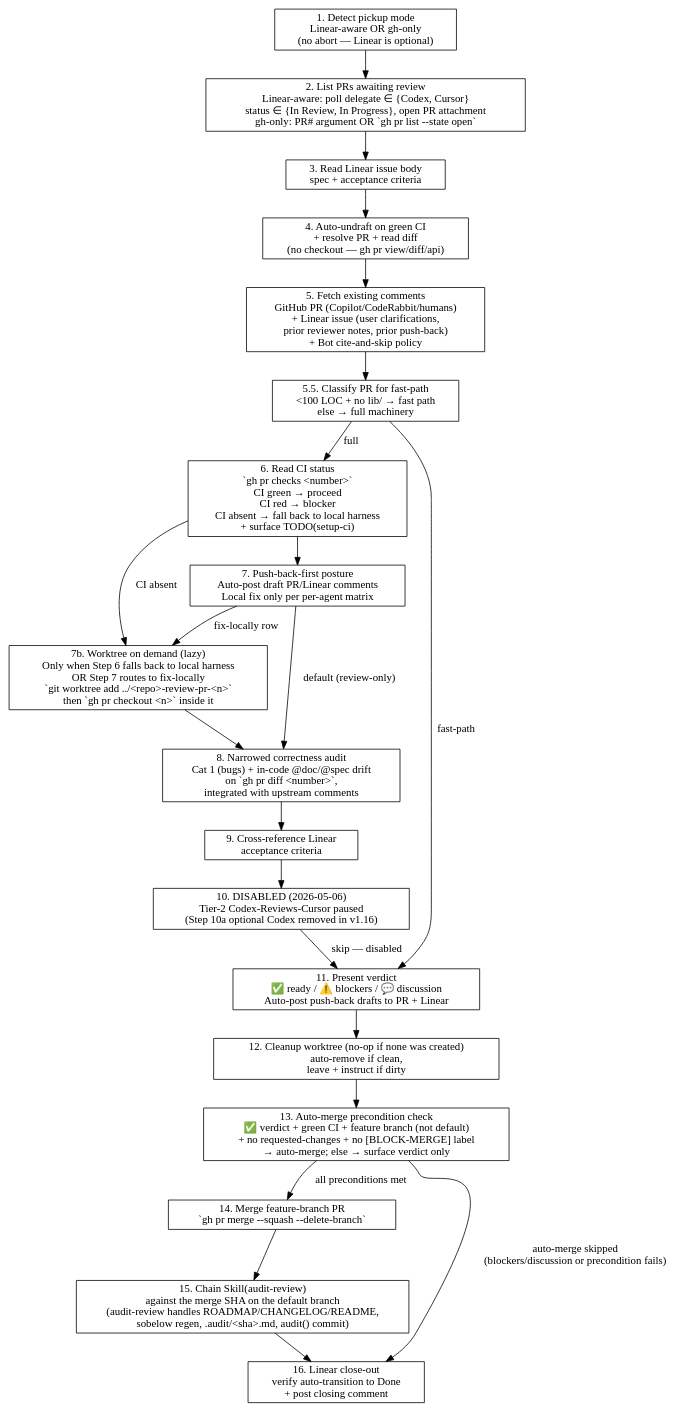
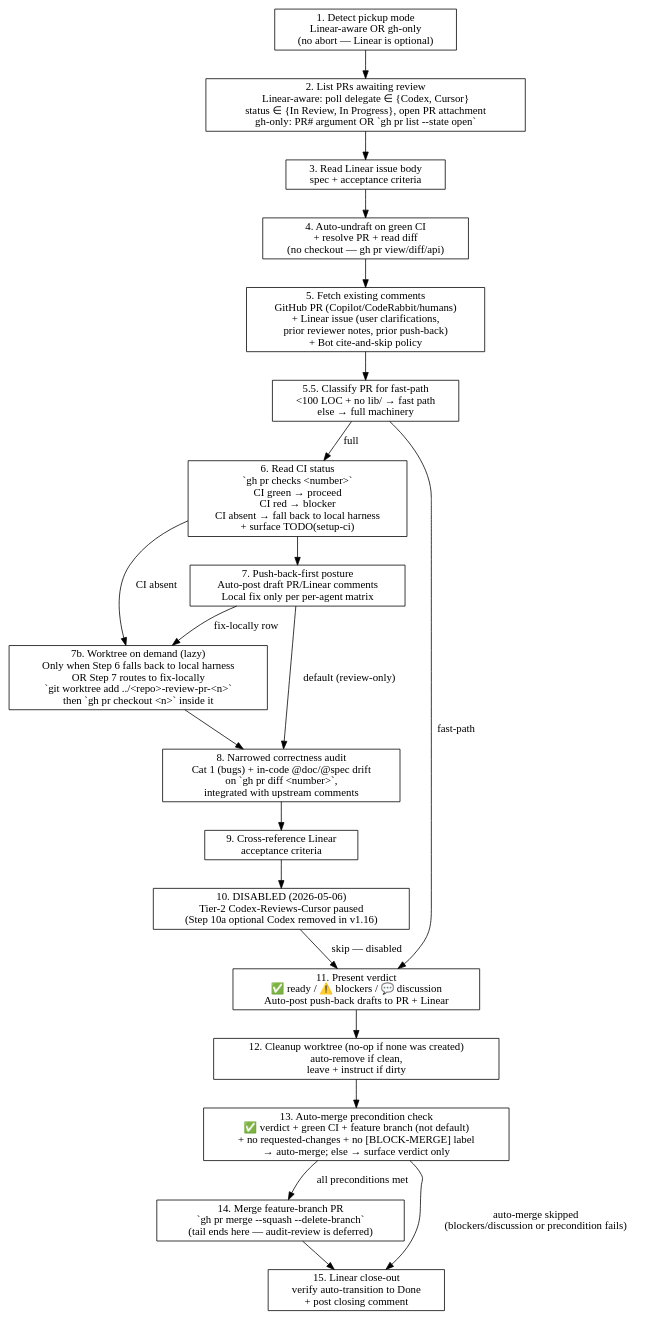
The diagram in plugins/staged-review/skills/commit-review/SKILL.md (ZenHive/claude-marketplace-elixir), drawn with Graphviz before and after one commit. The commit also changed other lines of this file and 18 other files, not shown here.

First line of the commit message:
staged-review v1.20.0: decouple audit-review from commit-review (deferred trigger model) (#6)

````diff
--- a/plugins/staged-review/skills/commit-review/SKILL.md
+++ b/plugins/staged-review/skills/commit-review/SKILL.md
@@ -83,40 +83,39 @@
 ```dot
 digraph commit_review {
   rankdir=TB;
   node [shape=box];
 
   detect    [label="1. Detect pickup mode\nLinear-aware OR gh-only\n(no abort — Linear is optional)"];
   list      [label="2. List PRs awaiting review\nLinear-aware: poll delegate ∈ {Codex, Cursor}\nstatus ∈ {In Review, In Progress}, open PR attachment\ngh-only: PR# argument OR `gh pr list --state open`"];
   spec      [label="3. Read Linear issue body\nspec + acceptance criteria"];
   resolve   [label="4. Auto-undraft on green CI\n+ resolve PR + read diff\n(no checkout — gh pr view/diff/api)"];
   comments  [label="5. Fetch existing comments\nGitHub PR (Copilot/CodeRabbit/humans)\n+ Linear issue (user clarifications,\nprior reviewer notes, prior push-back)\n+ Bot cite-and-skip policy"];
   classify  [label="5.5. Classify PR for fast-path\n<100 LOC + no lib/ → fast path\nelse → full machinery"];
   ci        [label="6. Read CI status\n`gh pr checks <number>`\nCI green → proceed\nCI red → blocker\nCI absent → fall back to local harness\n+ surface TODO(setup-ci)"];
   pushback  [label="7. Push-back-first posture\nAuto-post draft PR/Linear comments\nLocal fix only per per-agent matrix"];
   worktree  [label="7b. Worktree on demand (lazy)\nOnly when Step 6 falls back to local harness\nOR Step 7 routes to fix-locally\n`git worktree add ../<repo>-review-pr-<n>`\nthen `gh pr checkout <n>` inside it"];
   audit     [label="8. Narrowed correctness audit\nCat 1 (bugs) + in-code @doc/@spec drift\non `gh pr diff <number>`,\nintegrated with upstream comments"];
   cross     [label="9. Cross-reference Linear\nacceptance criteria"];
   delegate  [label="10. DISABLED (2026-05-06)\nTier-2 Codex-Reviews-Cursor paused\n(Step 10a optional Codex removed in v1.16)"];
   verdict   [label="11. Present verdict\n✅ ready / ⚠️ blockers / 💬 discussion\nAuto-post push-back drafts to PR + Linear"];
   cleanup   [label="12. Cleanup worktree (no-op if none was created)\nauto-remove if clean,\nleave + instruct if dirty"];
   gate      [label="13. Auto-merge precondition check\n✅ verdict + green CI + feature branch (not default)\n+ no requested-changes + no [BLOCK-MERGE] label\n→ auto-merge; else → surface verdict only"];
-  merge     [label="14. Merge feature-branch PR\n`gh pr merge --squash --delete-branch`"];
-  audit_chain [label="15. Chain Skill(audit-review)\nagainst the merge SHA on the default branch\n(audit-review handles ROADMAP/CHANGELOG/README,\nsobelow regen, .audit/<sha>.md, audit() commit)"];
-  close     [label="16. Linear close-out\nverify auto-transition to Done\n+ post closing comment"];
+  merge     [label="14. Merge feature-branch PR\n`gh pr merge --squash --delete-branch`\n(tail ends here — audit-review is deferred)"];
+  close     [label="15. Linear close-out\nverify auto-transition to Done\n+ post closing comment"];
 
   detect -> list -> spec -> resolve -> comments -> classify;
   classify -> ci [label="full"];
   classify -> verdict [label="fast-path"];
   ci -> pushback;
   ci -> worktree [label="CI absent"];
   pushback -> worktree [label="fix-locally row"];
   pushback -> audit [label="default (review-only)"];
   worktree -> audit;
   audit -> cross -> delegate;
   delegate -> verdict [label="skip — disabled"];
   verdict -> cleanup -> gate;
   gate -> merge [label="all preconditions met"];
   gate -> close [label="auto-merge skipped\n(blockers/discussion or precondition fails)"];
-  merge -> audit_chain -> close;
+  merge -> close;
 }
 ```
````
